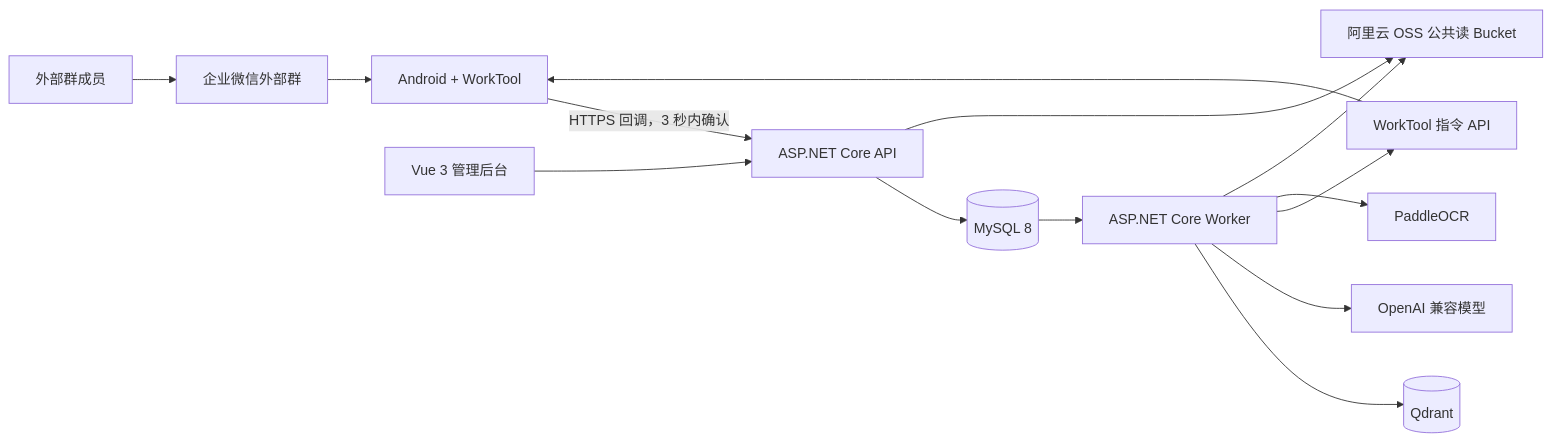
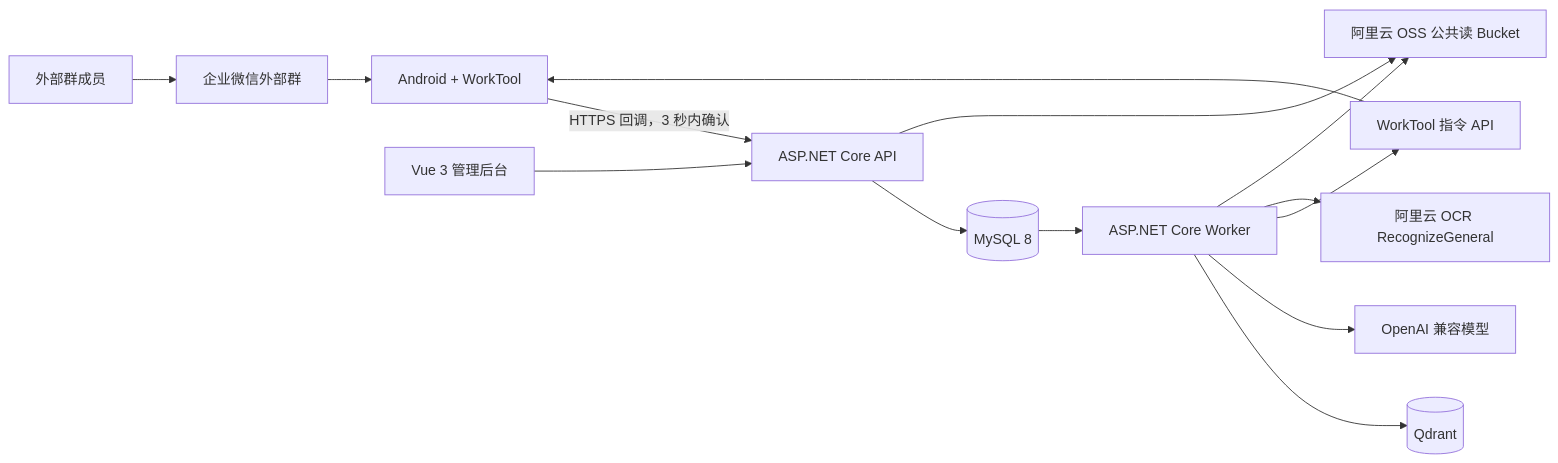
One commit to tonyaaaaa/weichatrobot changed the first of 2 diagrams in docs/superpowers/specs/2026-07-21-wechatrobot-ai-knowledge-platform-design.md. Above: the diagram before and after it, drawn with Mermaid. The commit also changed other lines of this file, not shown here.

Commit message:
docs: switch OCR design to Alibaba Cloud

````diff
--- a/docs/superpowers/specs/2026-07-21-wechatrobot-ai-knowledge-platform-design.md
+++ b/docs/superpowers/specs/2026-07-21-wechatrobot-ai-knowledge-platform-design.md
@@ -53,16 +55,16 @@
 ```mermaid
 flowchart LR
     U["外部群成员"] --> WECOM["企业微信外部群"]
     WECOM --> WT["Android + WorkTool"]
     WT -->|"HTTPS 回调，3 秒内确认"| API["ASP.NET Core API"]
     API --> MYSQL[("MySQL 8")]
     MYSQL --> WORKER["ASP.NET Core Worker"]
     WORKER --> QDRANT[("Qdrant")]
     WORKER --> LLM["OpenAI 兼容模型"]
     WORKER --> WTAPI["WorkTool 指令 API"]
     WTAPI --> WT
     ADMIN["Vue 3 管理后台"] --> API
     API --> OSS["阿里云 OSS 公共读 Bucket"]
-    WORKER --> OCR["PaddleOCR"]
+    WORKER --> OCR["阿里云 OCR RecognizeGeneral"]
     WORKER --> OSS
 ```
````
